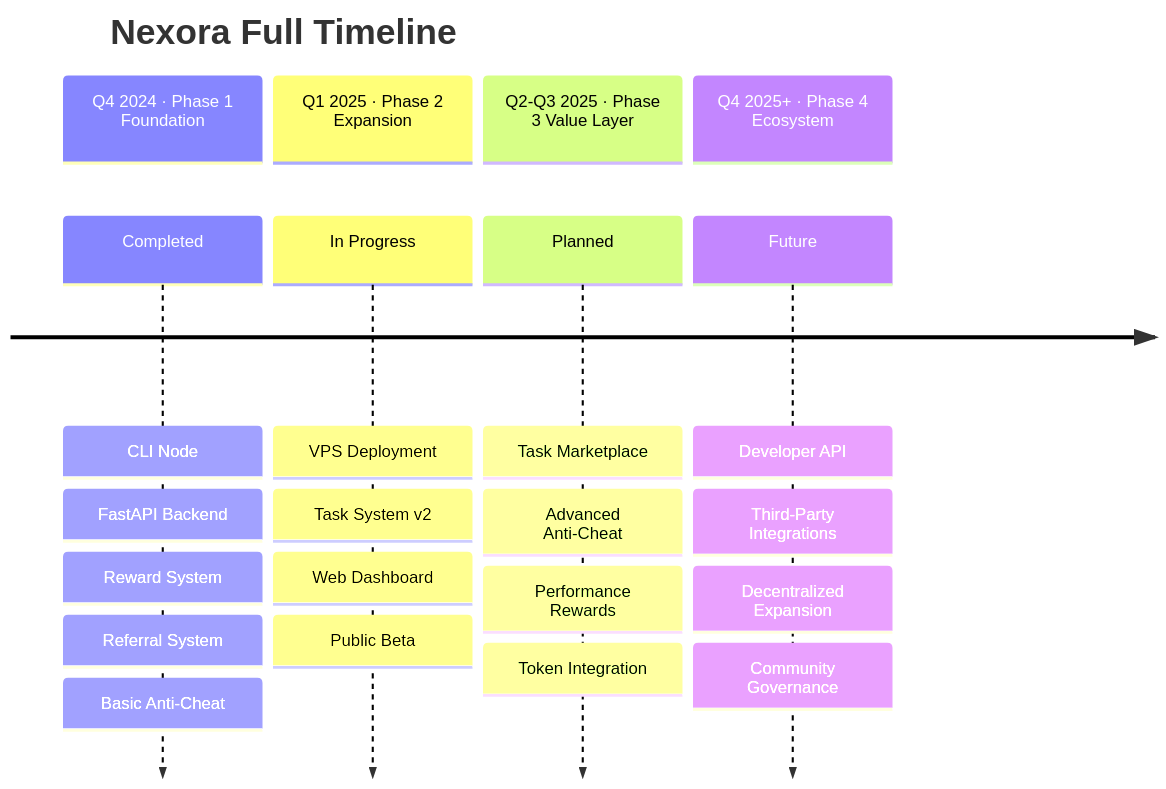
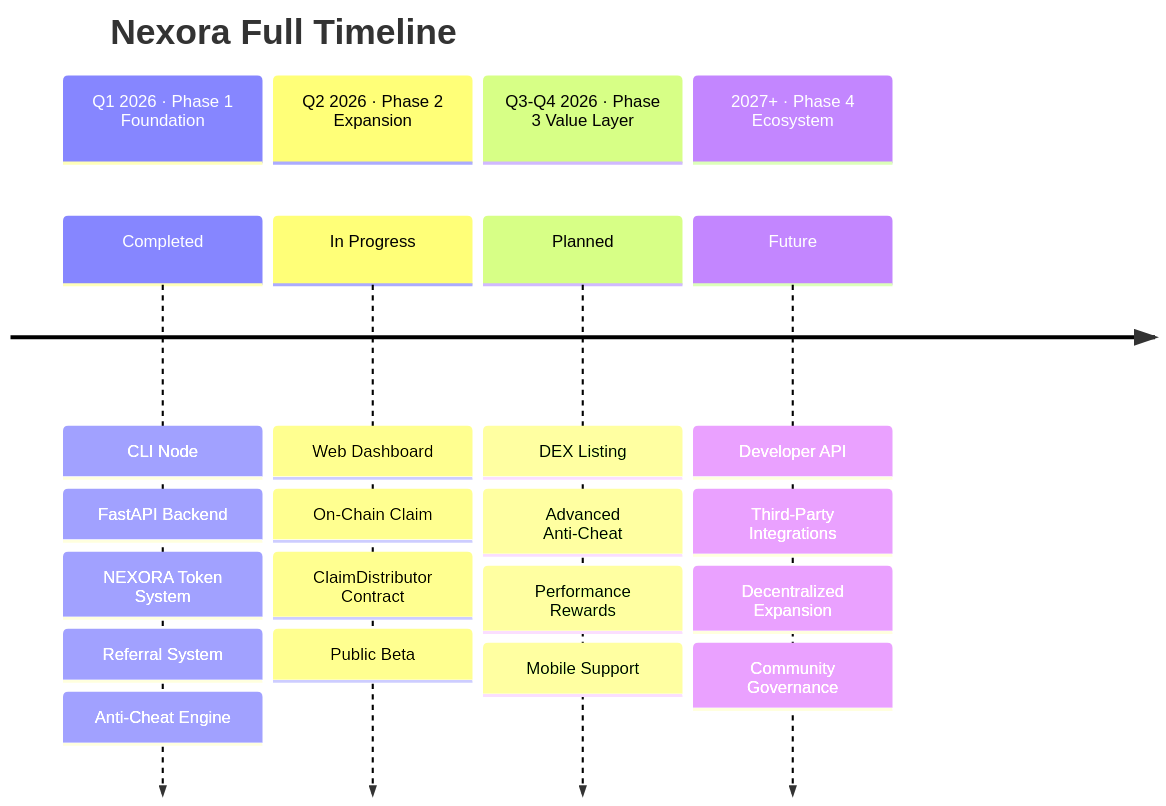
The second of 2 diagrams in roadmap.md (Nexora-Node/Docs), drawn with Mermaid before and after one commit. The commit also changed other lines of this file, not shown here.

Commit message:
docs: update roadmap to 2026, reflect current completed milestones

````diff
--- a/roadmap.md
+++ b/roadmap.md
@@ -169,25 +102,25 @@
 ```mermaid
 timeline
     title Nexora Full Timeline
-    section Q4 2024 · Phase 1 Foundation
+    section Q1 2026 · Phase 1 Foundation
         Completed : CLI Node
                   : FastAPI Backend
-                  : Reward System
+                  : NEXORA Token System
                   : Referral System
-                  : Basic Anti-Cheat
-    section Q1 2025 · Phase 2 Expansion
-        In Progress : VPS Deployment
-                    : Task System v2
-                    : Web Dashboard
+                  : Anti-Cheat Engine
+    section Q2 2026 · Phase 2 Expansion
+        In Progress : Web Dashboard
+                    : On-Chain Claim
+                    : ClaimDistributor Contract
                     : Public Beta
-    section Q2-Q3 2025 · Phase 3 Value Layer
-        Planned : Task Marketplace
+    section Q3-Q4 2026 · Phase 3 Value Layer
+        Planned : DEX Listing
                 : Advanced Anti-Cheat
                 : Performance Rewards
-                : Token Integration
-    section Q4 2025+ · Phase 4 Ecosystem
+                : Mobile Support
+    section 2027+ · Phase 4 Ecosystem
         Future : Developer API
                : Third-Party Integrations
                : Decentralized Expansion
                : Community Governance
 ```
````
